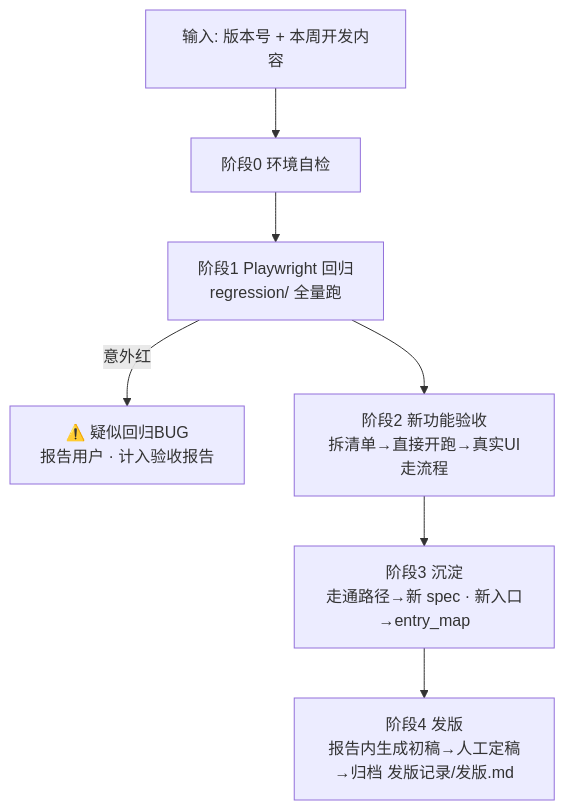
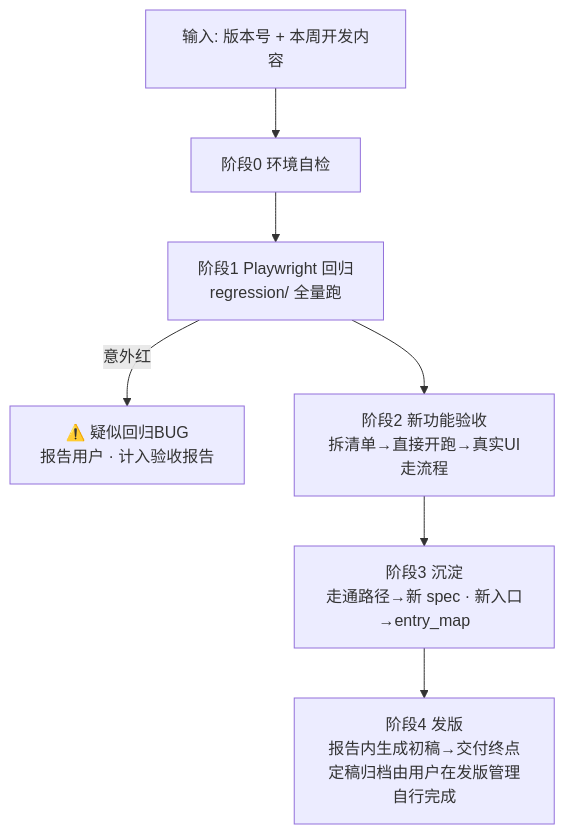
One commit to ddddd-xy126/51PM-yanshou-ceshi-faban changed the diagram in skills/SKILL.md. Above: the diagram before and after it, drawn with Mermaid. The commit also changed other lines of this file and 27 other files, not shown here.

````diff
--- a/skills/SKILL.md
+++ b/skills/SKILL.md
@@ -27,9 +15,9 @@
 ```mermaid
 graph TD
     A[输入: 版本号 + 本周开发内容] --> B[阶段0 环境自检]
     B --> C[阶段1 Playwright 回归<br>regression/ 全量跑]
     C -->|意外红| C1[⚠️ 疑似回归BUG<br>报告用户 · 计入验收报告]
     C --> D[阶段2 新功能验收<br>拆清单→直接开跑→真实UI走流程]
     D --> E[阶段3 沉淀<br>走通路径→新 spec · 新入口→entry_map]
-    E --> F[阶段4 发版<br>报告内生成初稿→人工定稿→归档 发版记录/发版.md]
+    E --> F[阶段4 发版<br>报告内生成初稿→交付终点<br>定稿归档由用户在发版管理自行完成]
 ```
````
